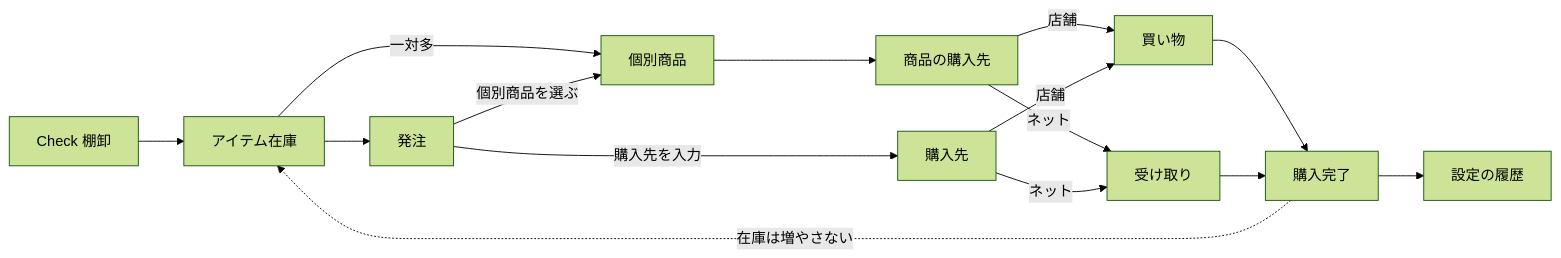
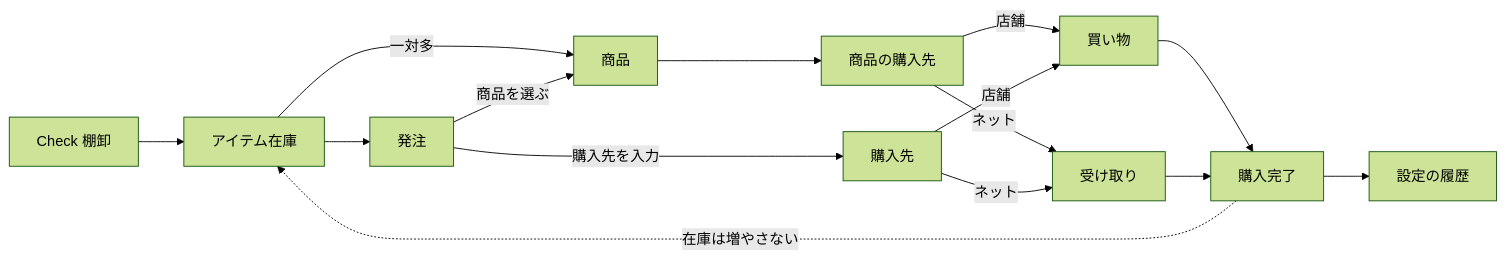
One commit to necooon/monthly-inventory-count changed the diagram in docs/requirements.md. Above: the diagram before and after it, drawn with Mermaid (forest theme). The commit also changed other lines of this file and 5 other files, not shown here.

````diff
--- a/docs/requirements.md
+++ b/docs/requirements.md
@@ -51,17 +51,17 @@
 ```mermaid
 flowchart LR
   Check[Check 棚卸] --> Item[アイテム在庫]
-  Item -->|"一対多"| Sku[個別商品]
+  Item -->|"一対多"| Sku[商品]
   Item --> Place[発注]
-  Place -->|個別商品を選ぶ| Sku
+  Place -->|商品を選ぶ| Sku
   Place -->|購入先を入力| DestIn[購入先]
   Sku --> DestSku[商品の購入先]
   DestSku -->|店舗| Shop[買い物]
   DestIn -->|店舗| Shop
   DestSku -->|ネット| Recv[受け取り]
   DestIn -->|ネット| Recv
   Shop --> Done[購入完了]
   Recv --> Done
   Done --> Hist[設定の履歴]
   Done -.->|"在庫は増やさない"| Item
 ```
````
